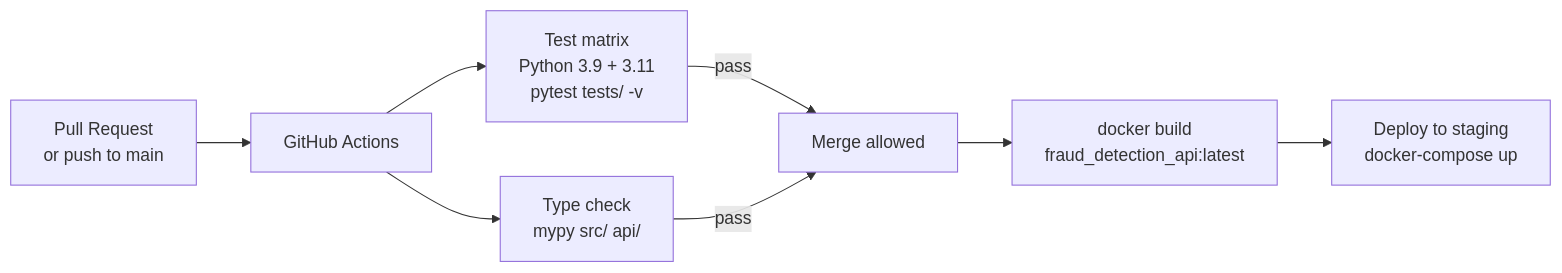
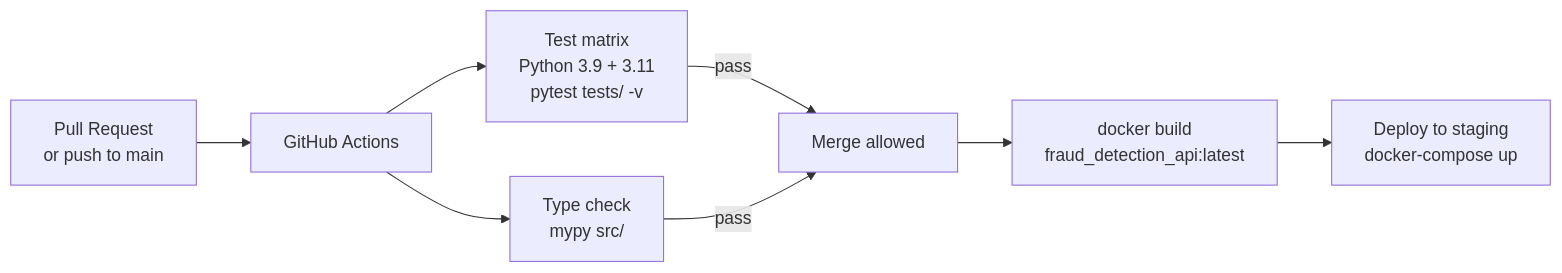
The sixth of 6 diagrams in docs/architecture.md (jasmine2chen/IEEE-CIS-Fraud-Detection-Platform), drawn with Mermaid before and after one commit. The commit also changed other lines of this file and 47 other files, not shown here.

````diff
--- a/docs/architecture.md
+++ b/docs/architecture.md
@@ -195,10 +149,10 @@
 ```mermaid
 flowchart LR
     PR[Pull Request\nor push to main] --> GHA[GitHub Actions]
     GHA --> T1[Test matrix\nPython 3.9 + 3.11\npytest tests/ -v]
-    GHA --> T2[Type check\nmypy src/ api/]
+    GHA --> T2[Type check\nmypy src/]
     T1 -->|pass| MERGE[Merge allowed]
     T2 -->|pass| MERGE
     MERGE --> DOCK[docker build\nfraud_detection_api:latest]
     DOCK --> DEPLOY[Deploy to staging\ndocker-compose up]
 ```
````
